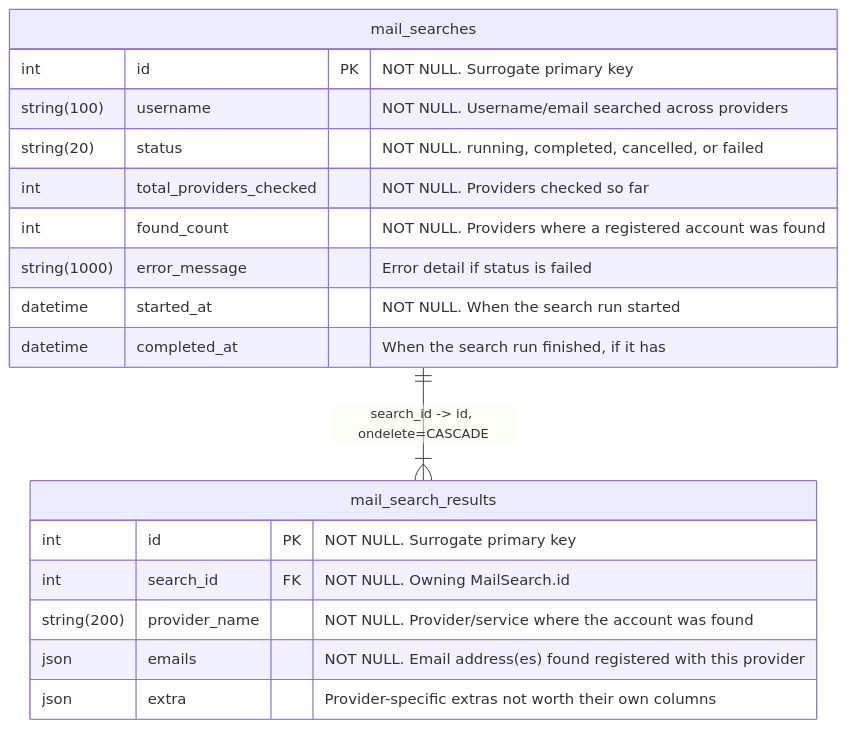
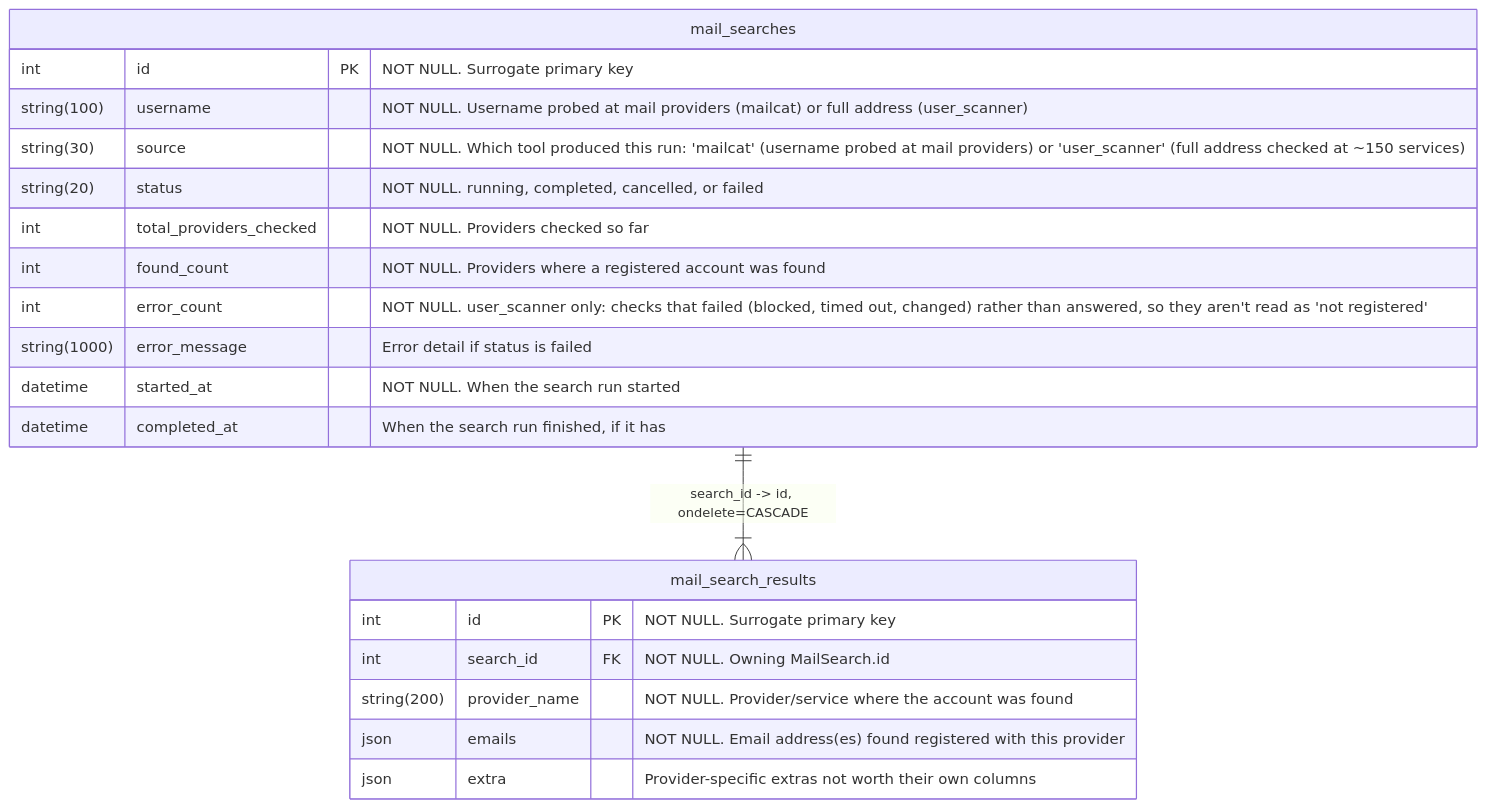
One commit to z0rats/corvid changed the third of 7 diagrams in docs/database-schema.md. Above: the diagram before and after it, drawn with Mermaid. The commit also changed other lines of this file and 163 other files, not shown here.

First line of the commit message:
feat: user_scanner email source, username-search pivots/site-check/confidence, newsfeed reliability; docs review and drift gates (#115)

````diff
--- a/docs/database-schema.md
+++ b/docs/database-schema.md
@@ -69,22 +71,24 @@
 ```mermaid
 erDiagram
     mail_search_results {
         int id PK "NOT NULL. Surrogate primary key"
         int search_id FK "NOT NULL. Owning MailSearch.id"
         string(200) provider_name "NOT NULL. Provider/service where the account was found"
         json emails "NOT NULL. Email address(es) found registered with this provider"
         json extra "Provider-specific extras not worth their own columns"
     }
     mail_searches {
         int id PK "NOT NULL. Surrogate primary key"
-        string(100) username "NOT NULL. Username/email searched across providers"
+        string(100) username "NOT NULL. Username probed at mail providers (mailcat) or full address (user_scanner)"
+        string(30) source "NOT NULL. Which tool produced this run: 'mailcat' (username probed at mail providers) or 'user_scanner' (full address checked at ~150 services)"
         string(20) status "NOT NULL. running, completed, cancelled, or failed"
         int total_providers_checked "NOT NULL. Providers checked so far"
         int found_count "NOT NULL. Providers where a registered account was found"
+        int error_count "NOT NULL. user_scanner only: checks that failed (blocked, timed out, changed) rather than answered, so they aren't read as 'not registered'"
         string(1000) error_message "Error detail if status is failed"
         datetime started_at "NOT NULL. When the search run started"
         datetime completed_at "When the search run finished, if it has"
     }
 
     mail_searches ||--|{ mail_search_results : "search_id -> id, ondelete=CASCADE"
 ```
````
